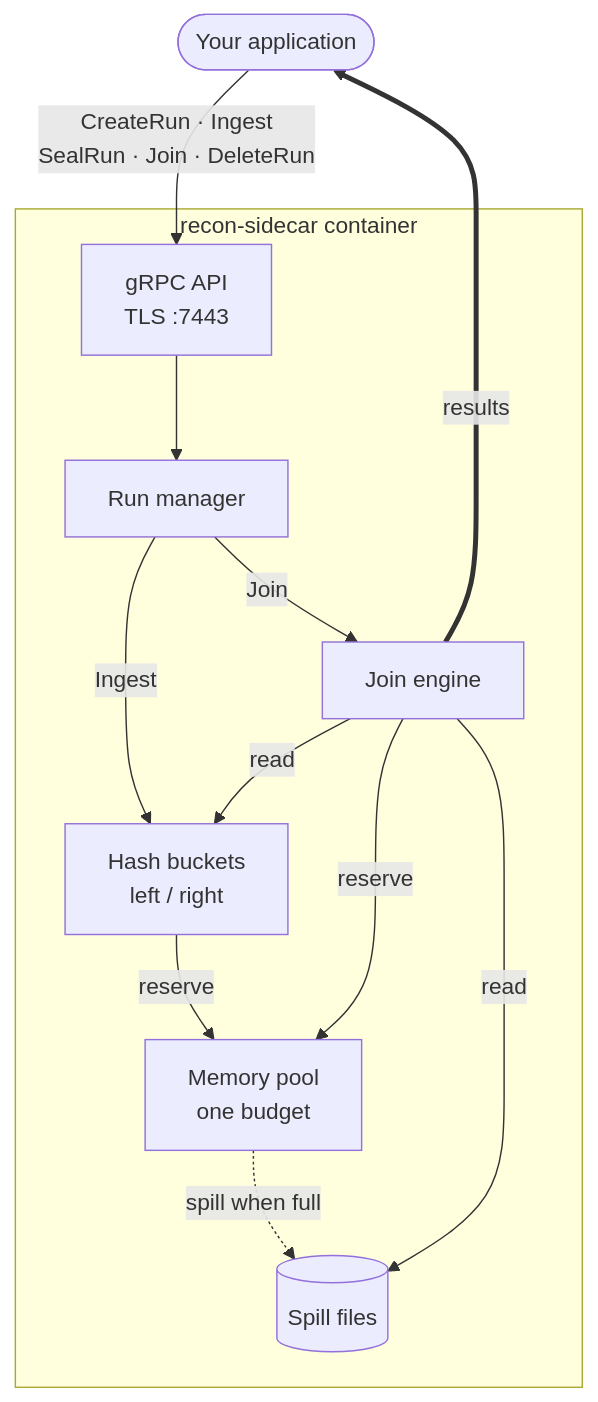
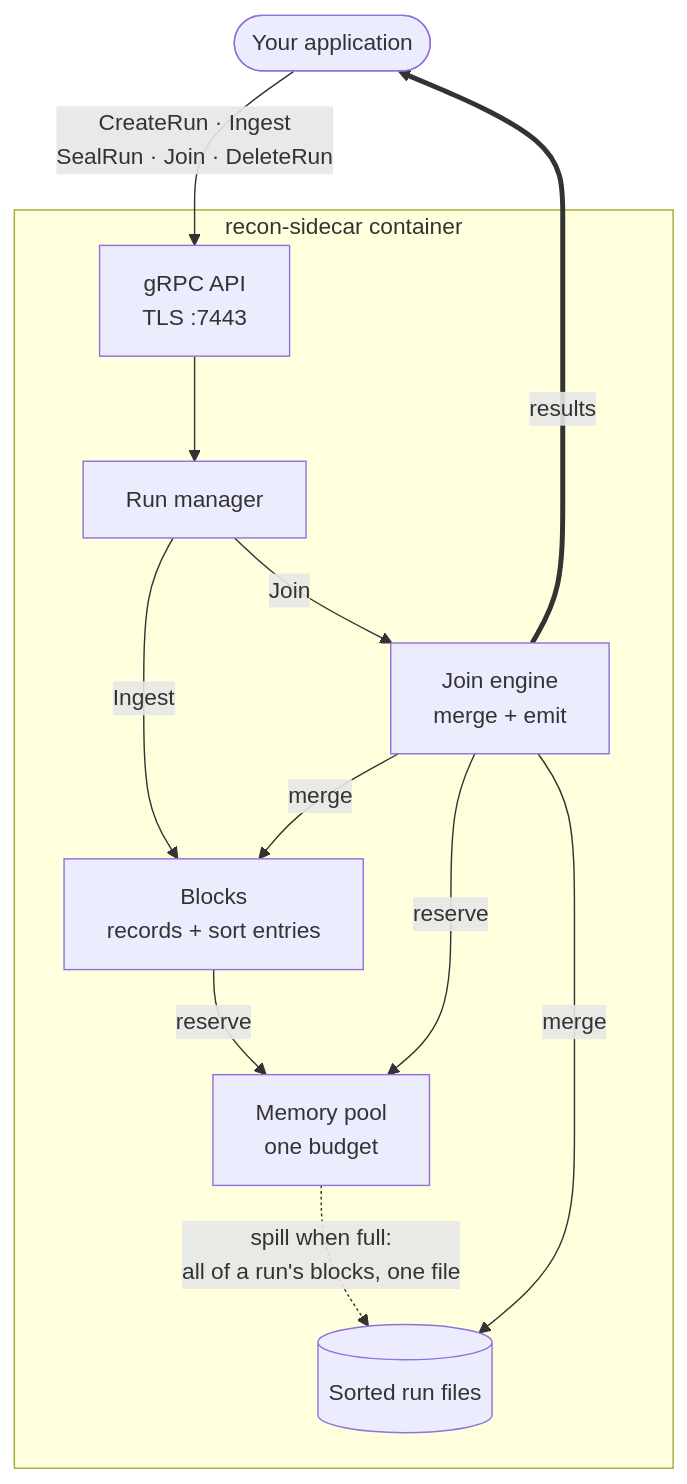
The first of 5 diagrams in README.md (Zaba505/reconciliar-sidecar-poc), drawn with Mermaid before and after one commit. The commit also changed other lines of this file and 44 other files, not shown here.

````diff
--- a/README.md
+++ b/README.md
@@ -18,24 +20,24 @@
 ```mermaid
 flowchart TB
   App(["Your application"])
 
   subgraph Sidecar["recon-sidecar container"]
     API["gRPC API<br/>TLS :7443"]
     Runs["Run manager"]
-    Buckets["Hash buckets<br/>left / right"]
-    Join["Join engine"]
+    Blocks["Blocks<br/>records + sort entries"]
+    Join["Join engine<br/>merge + emit"]
     Pool["Memory pool<br/>one budget"]
-    Disk[("Spill files")]
+    Disk[("Sorted run files")]
   end
 
   App -- "CreateRun · Ingest<br/>SealRun · Join · DeleteRun" --> API
   API --> Runs
-  Runs -- "Ingest" --> Buckets
+  Runs -- "Ingest" --> Blocks
   Runs -- "Join" --> Join
-  Buckets -- "reserve" --> Pool
+  Blocks -- "reserve" --> Pool
   Join -- "reserve" --> Pool
-  Join -- "read" --> Buckets
-  Pool -. "spill when full" .-> Disk
-  Join -- "read" --> Disk
+  Pool -. "spill when full:<br/>all of a run's blocks, one file" .-> Disk
+  Join -- "merge" --> Blocks
+  Join -- "merge" --> Disk
   Join == "results" ==> App
 ```
````
